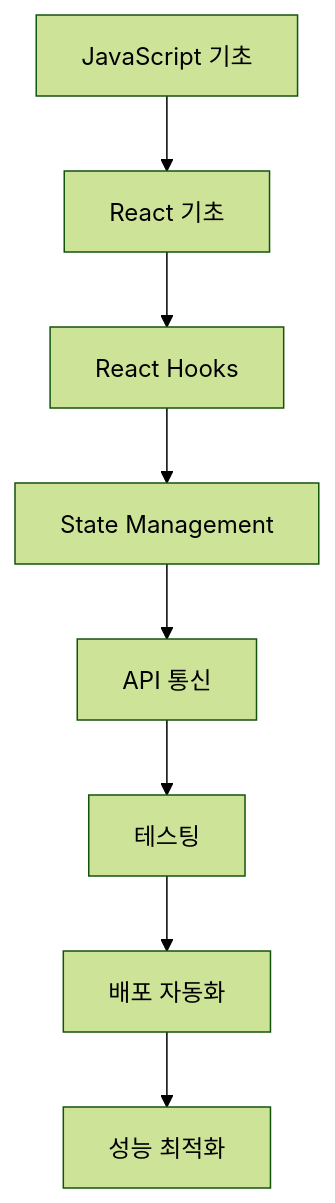
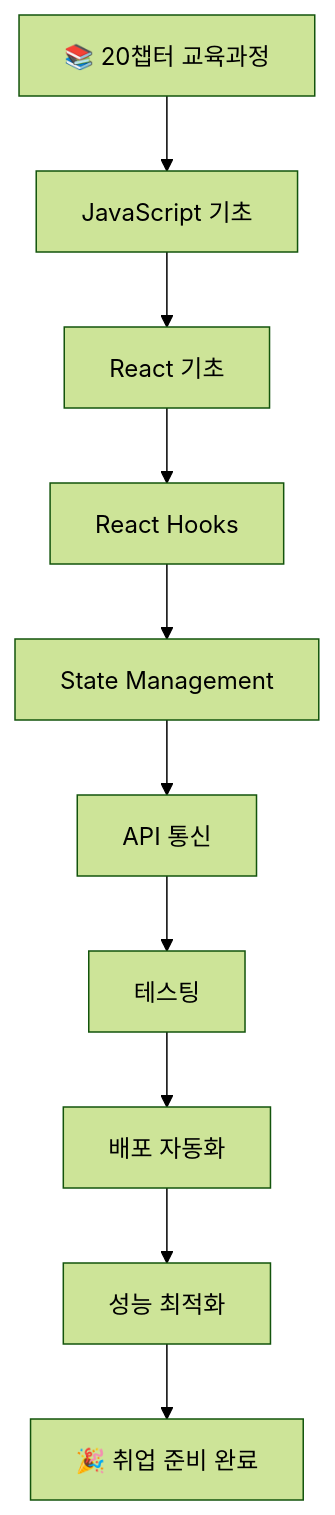
One commit to devops-choi/todo-react changed the eighth of 8 diagrams in README.md. Above: the diagram before and after it, drawn with Mermaid (forest theme). The commit also changed other lines of this file and 36 other files, not shown here.

````diff
--- a/README.md
+++ b/README.md
@@ -624,10 +755,12 @@
 ```mermaid
 flowchart TD
-    A[JavaScript 기초] --> B[React 기초]
-    B --> C[React Hooks]
-    C --> D[State Management]
-    D --> E[API 통신]
-    E --> F[테스팅]
-    F --> G[배포 자동화]
-    G --> H[성능 최적화]
+    A[📚 20챕터 교육과정] --> B[JavaScript 기초]
+    B --> C[React 기초]
+    C --> D[React Hooks]
+    D --> E[State Management]
+    E --> F[API 통신]
+    F --> G[테스팅]
+    G --> H[배포 자동화]
+    H --> I[성능 최적화]
+    I --> J[🎉 취업 준비 완료]
 ```
````
